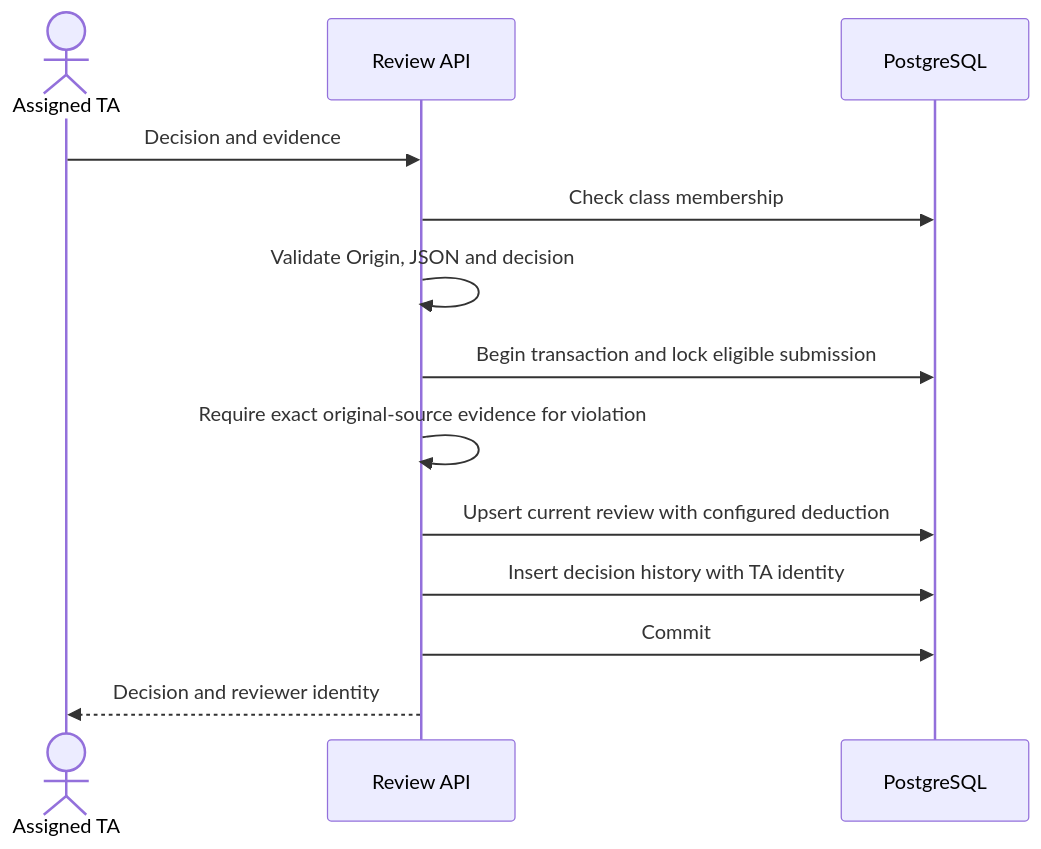
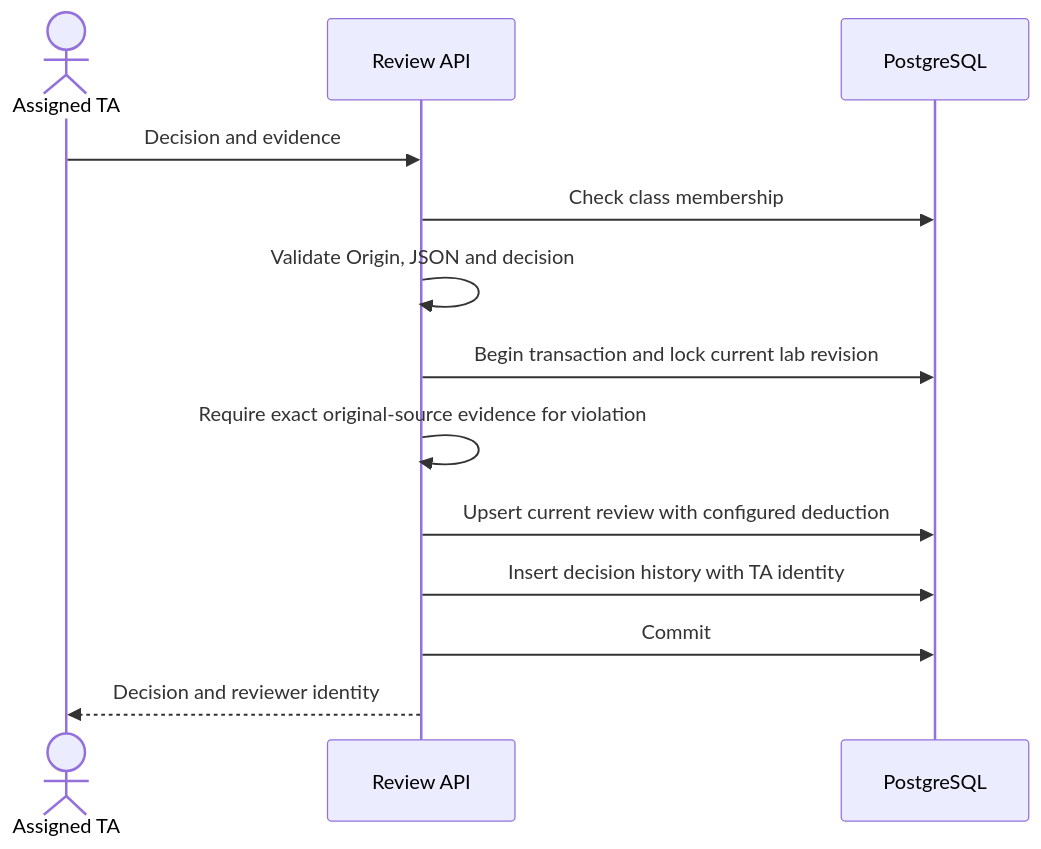
The first of 2 diagrams in docs/architecture/REVIEW-PUBLISH-FLOW.md (AWAD-K23/AWAD-LeeTKOB), drawn with Mermaid before and after one commit. The commit also changed other lines of this file and 5 other files, not shown here.

````diff
--- a/docs/architecture/REVIEW-PUBLISH-FLOW.md
+++ b/docs/architecture/REVIEW-PUBLISH-FLOW.md
@@ -32,15 +37,15 @@
 ```mermaid
 sequenceDiagram
     actor TA as Assigned TA
     participant API as Review API
     participant DB as PostgreSQL
     TA->>API: Decision and evidence
     API->>DB: Check class membership
     API->>API: Validate Origin, JSON and decision
-    API->>DB: Begin transaction and lock eligible submission
+    API->>DB: Begin transaction and lock current lab revision
     API->>API: Require exact original-source evidence for violation
     API->>DB: Upsert current review with configured deduction
     API->>DB: Insert decision history with TA identity
     API->>DB: Commit
     API-->>TA: Decision and reviewer identity
 ```
````
